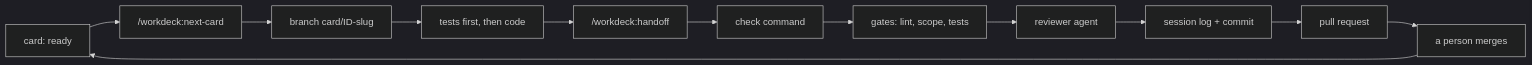
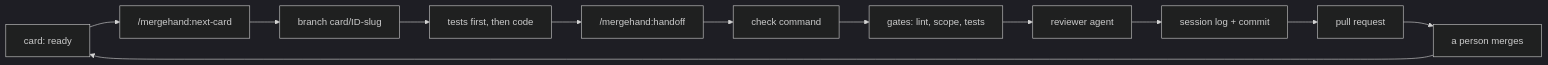
The diagram in README.md (AshwinSathian/mergehand), drawn with Mermaid (dark theme) before and after one commit. The commit also changed other lines of this file and 64 other files, not shown here.

````diff
--- a/README.md
+++ b/README.md
@@ -18,14 +18,14 @@
 ```mermaid
 flowchart LR
-  A[card: ready] --> B["/workdeck:next-card"]
+  A[card: ready] --> B["/mergehand:next-card"]
   B --> C[branch card/ID-slug]
   C --> D[tests first, then code]
-  D --> E["/workdeck:handoff"]
+  D --> E["/mergehand:handoff"]
   E --> F[check command]
   F --> G[gates: lint, scope, tests]
   G --> H[reviewer agent]
   H --> I[session log + commit]
   I --> J[pull request]
   J --> K[a person merges]
   K --> A
 ```
````
